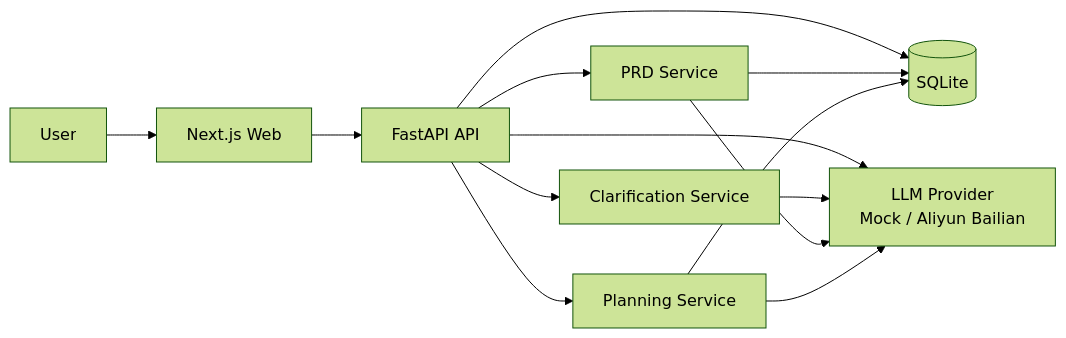
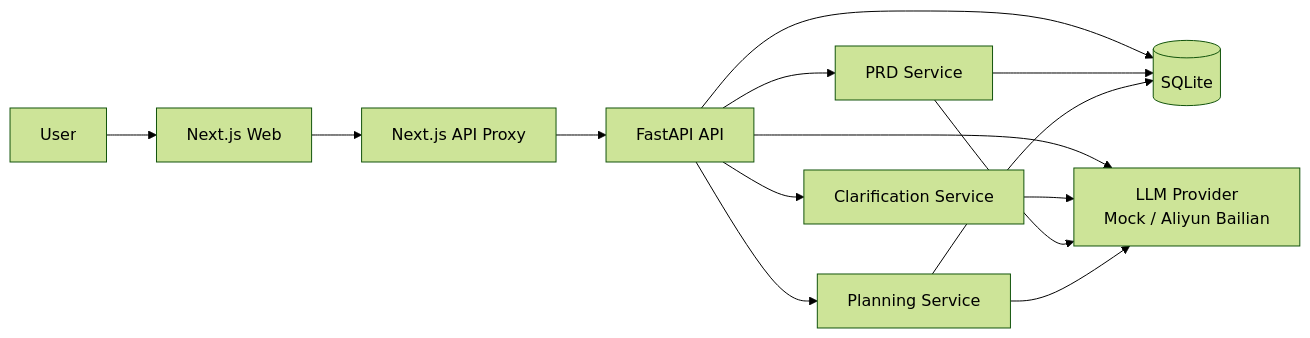
One commit to Chen12413/buildflow-ai changed the diagram in README.md. Above: the diagram before and after it, drawn with Mermaid (forest theme). The commit also changed other lines of this file and 14 other files, not shown here.

Commit message:
feat: add render deployment flow and harden clarification generation

````diff
--- a/README.md
+++ b/README.md
@@ -92,16 +60,17 @@
 ```mermaid
 flowchart LR
   U[User] --> W[Next.js Web]
-  W --> A[FastAPI API]
+  W --> P[Next.js API Proxy]
+  P --> A[FastAPI API]
   A --> D[(SQLite)]
   A --> L[LLM Provider
 Mock / Aliyun Bailian]
   A --> C1[Clarification Service]
   A --> C2[PRD Service]
   A --> C3[Planning Service]
   C1 --> L
   C2 --> L
   C3 --> L
   C2 --> D
   C3 --> D
 ```
````
